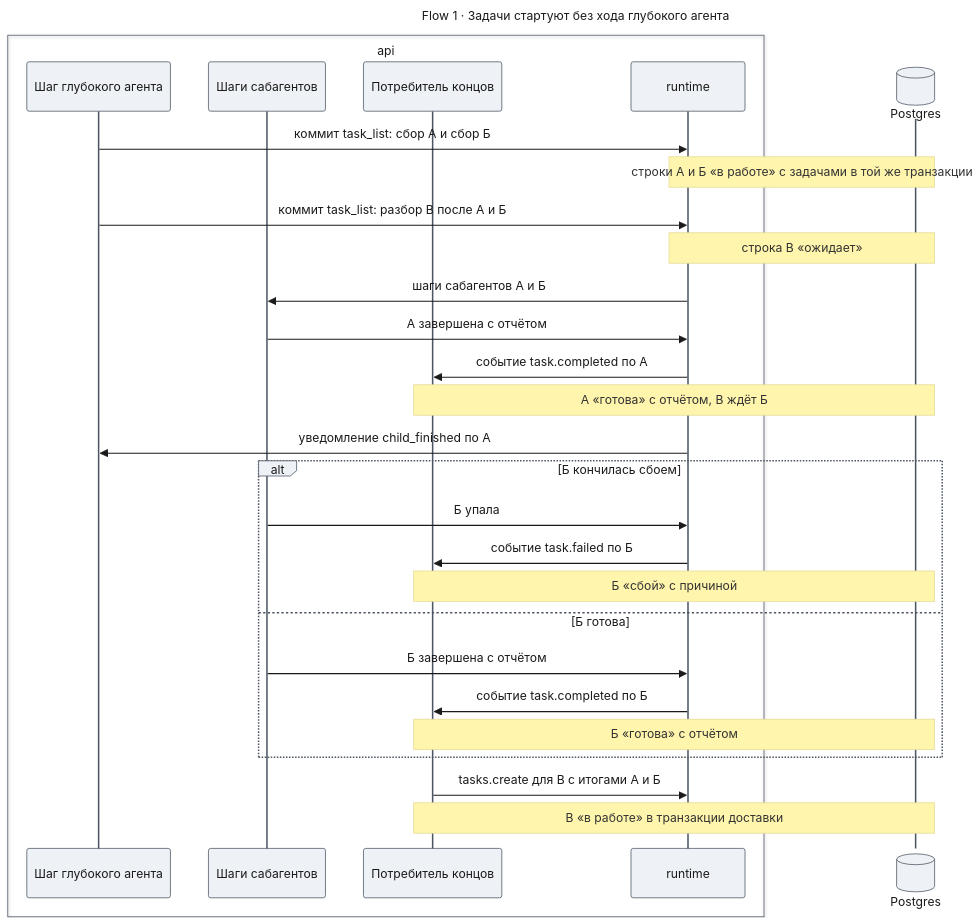
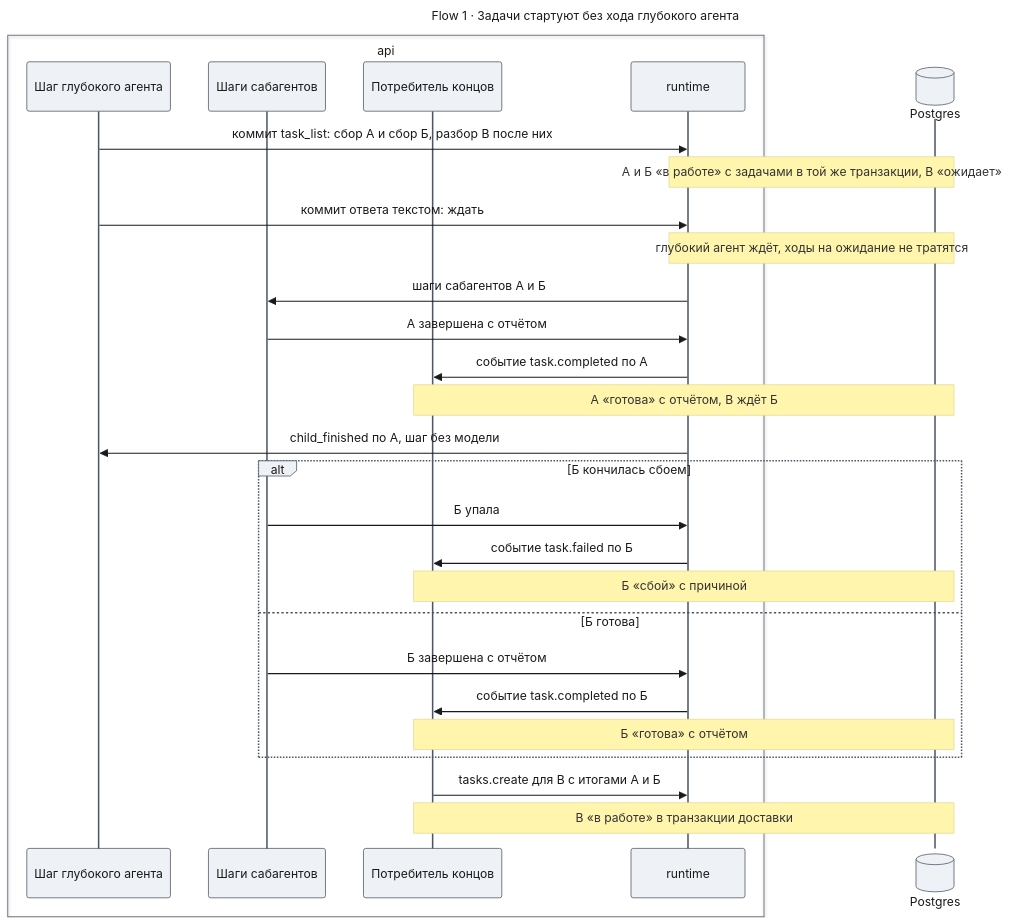
The second of 5 diagrams in docs/features/deep-agents/design-tasks.md (tundraray/agent-os), drawn with Mermaid before and after one commit. The commit also changed other lines of this file and 1 other file, not shown here.

Commit message:
docs(deep-agents): start tasks without the lead's model call, drop the brief flow

````diff
--- a/docs/features/deep-agents/design-tasks.md
+++ b/docs/features/deep-agents/design-tasks.md
@@ -257,54 +269,54 @@
 ```mermaid
 ---
 title: "Flow 1 · Задачи стартуют без хода глубокого агента"
 config:
   theme: base
   look: classic
   themeVariables:
     primaryColor: "#eef1f5"
     primaryBorderColor: "#4b5563"
     primaryTextColor: "#1a1a1a"
     lineColor: "#6b7280"
   themeCSS: |
     @keyframes lit_t1{0%,8.2%{stroke:#991b1b;stroke-width:6px}9.1%,100%{stroke:#37474f;stroke-width:2px}}
     .messageLine0[data-id='i0'],.messageLine1[data-id='i0']{animation:lit_t1 13.2s linear 0s infinite}
     .messageLine0[data-id='i2'],.messageLine1[data-id='i2']{animation:lit_t1 13.2s linear 1.2s infinite}
     .messageLine0[data-id='i4'],.messageLine1[data-id='i4']{animation:lit_t1 13.2s linear 2.4s infinite}
     .messageLine0[data-id='i5'],.messageLine1[data-id='i5']{animation:lit_t1 13.2s linear 3.6s infinite}
     .messageLine0[data-id='i6'],.messageLine1[data-id='i6']{animation:lit_t1 13.2s linear 4.8s infinite}
     .messageLine0[data-id='i8'],.messageLine1[data-id='i8']{animation:lit_t1 13.2s linear 6s infinite}
     .messageLine0[data-id='i10'],.messageLine1[data-id='i10']{animation:lit_t1 13.2s linear 7.2s infinite}
     .messageLine0[data-id='i11'],.messageLine1[data-id='i11']{animation:lit_t1 13.2s linear 8.4s infinite}
     .messageLine0[data-id='i14'],.messageLine1[data-id='i14']{animation:lit_t1 13.2s linear 9.6s infinite}
     .messageLine0[data-id='i15'],.messageLine1[data-id='i15']{animation:lit_t1 13.2s linear 10.8s infinite}
     .messageLine0[data-id='i18'],.messageLine1[data-id='i18']{animation:lit_t1 13.2s linear 12s infinite}
 ---
 sequenceDiagram
     box api
     participant D as Шаг глубокого агента
     participant S as Шаги сабагентов
     participant K as Потребитель концов
     participant R as runtime
     end
     participant DB@{ "type": "database" } as Postgres
-    D->>R: коммит task_list: сбор А и сбор Б
-    Note over R,DB: строки А и Б «в работе» с задачами в той же транзакции
-    D->>R: коммит task_list: разбор В после А и Б
-    Note over R,DB: строка В «ожидает»
+    D->>R: коммит task_list: сбор А и сбор Б, разбор В после них
+    Note over R,DB: А и Б «в работе» с задачами в той же транзакции, В «ожидает»
+    D->>R: коммит ответа текстом: ждать
+    Note over R,DB: глубокий агент ждёт, ходы на ожидание не тратятся
     R->>S: шаги сабагентов А и Б
     S->>R: А завершена с отчётом
     R->>K: событие task.completed по А
     Note over K,DB: А «готова» с отчётом, В ждёт Б
-    R->>D: уведомление child_finished по А
+    R->>D: child_finished по А, шаг без модели
     alt Б кончилась сбоем
         S->>R: Б упала
         R->>K: событие task.failed по Б
         Note over K,DB: Б «сбой» с причиной
     else Б готова
         S->>R: Б завершена с отчётом
         R->>K: событие task.completed по Б
         Note over K,DB: Б «готова» с отчётом
     end
     K->>R: tasks.create для В с итогами А и Б
     Note over K,DB: В «в работе» в транзакции доставки
 ```
````
